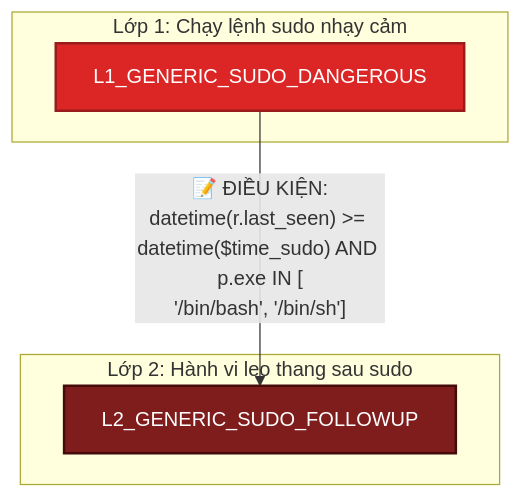
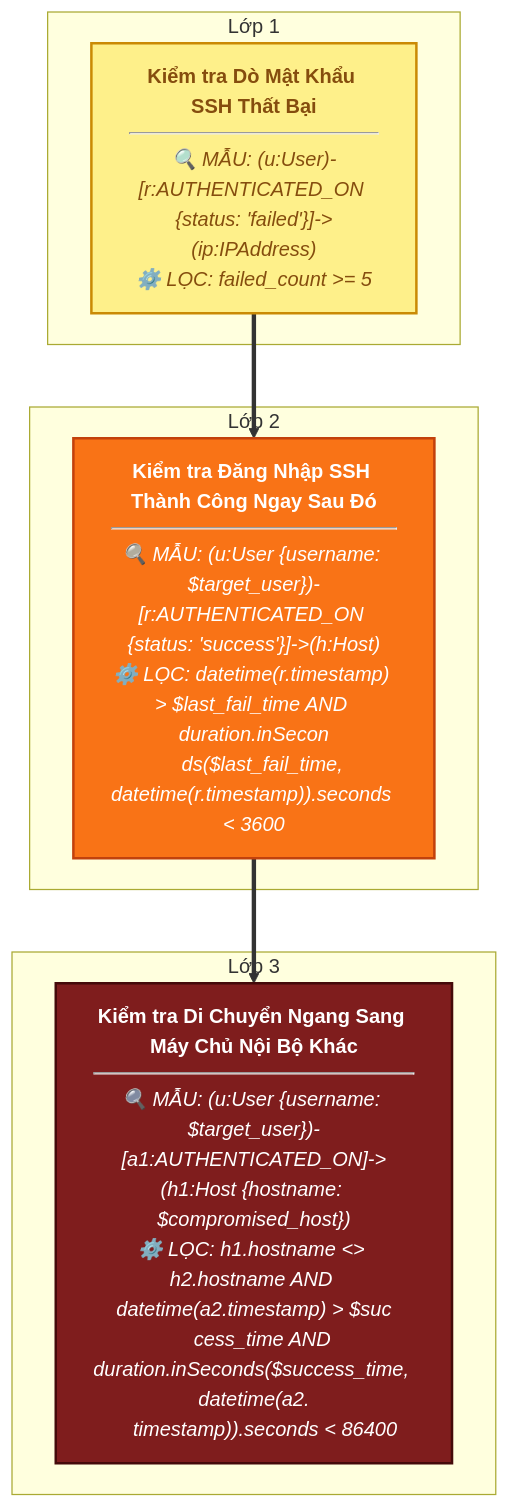
One commit to ttm62/bug-free-doodle changed diagram 14 of 14 in all_rules/README.md. Above: the diagram before and after it, drawn with Mermaid. The commit also changed other lines of this file and 31 other files, not shown here.

````diff
--- a/all_rules/README.md
+++ b/all_rules/README.md
@@ -310,15 +251,19 @@
 ```mermaid
 graph TD
     classDef low fill:#fef08a,stroke:#ca8a04,stroke-width:2px,color:#854d0e;
     classDef medium fill:#f97316,stroke:#c2410c,stroke-width:2px,color:#fff;
     classDef high fill:#dc2626,stroke:#991b1b,stroke-width:2px,color:#fff;
     classDef critical fill:#7f1d1d,stroke:#450a0a,stroke-width:2px,color:#fff;
 
-    subgraph Layer1 ["Lớp 1: Chạy lệnh sudo nhạy cảm"]
-        L1_GENERIC_SUDO_DANGEROUS["L1_GENERIC_SUDO_DANGEROUS"]:::high
+    subgraph Layer_L1_SSH_FAILED ["Lớp 1"]
+        L1_SSH_FAILED["<b>Kiểm tra Dò Mật Khẩu SSH Thất Bại</b><br/><hr/><i>🔍 MẪU: (u:User)-[r:AUTHENTICATED_ON {status: 'failed'}]->(ip:IPAddress)<br/>⚙️ LỌC: failed_count >= 5</i>"]:::low
     end
-    subgraph Layer2 ["Lớp 2: Hành vi leo thang sau sudo"]
-        L2_GENERIC_SUDO_FOLLOWUP["L2_GENERIC_SUDO_FOLLOWUP"]:::critical
+    subgraph Layer_L2_SSH_SUCCESS ["Lớp 2"]
+        L2_SSH_SUCCESS["<b>Kiểm tra Đăng Nhập SSH Thành Công Ngay Sau Đó</b><br/><hr/><i>🔍 MẪU: (u:User {username: $target_user})-[r:AUTHENTICATED_ON {status: 'success'}]->(h:Host)<br/>⚙️ LỌC: datetime(r.timestamp) > $last_fail_time AND duration.inSecon<br/>&nbsp;&nbsp;&nbsp;&nbsp;ds($last_fail_time, datetime(r.timestamp)).seconds < 3600</i>"]:::medium
     end
-    L1_GENERIC_SUDO_DANGEROUS -->|"📝 ĐIỀU KIỆN:<br/>datetime(r.last_seen) >= datetime($time_sudo) AND p.exe IN [<br/>'/bin/bash', '/bin/sh']"| L2_GENERIC_SUDO_FOLLOWUP
+    L1_SSH_FAILED ==> L2_SSH_SUCCESS
+    subgraph Layer_L3_LATERAL_PIVOT ["Lớp 3"]
+        L3_LATERAL_PIVOT["<b>Kiểm tra Di Chuyển Ngang Sang Máy Chủ Nội Bộ Khác</b><br/><hr/><i>🔍 MẪU: (u:User {username: $target_user})-[a1:AUTHENTICATED_ON]->(h1:Host {hostname: $compromised_host})<br/>⚙️ LỌC: h1.hostname <> h2.hostname AND datetime(a2.timestamp) > $suc<br/>&nbsp;&nbsp;&nbsp;&nbsp;cess_time AND duration.inSeconds($success_time, datetime(a2.<br/>&nbsp;&nbsp;&nbsp;&nbsp;timestamp)).seconds < 86400</i>"]:::critical
+    end
+    L2_SSH_SUCCESS ==> L3_LATERAL_PIVOT
 ```
````
